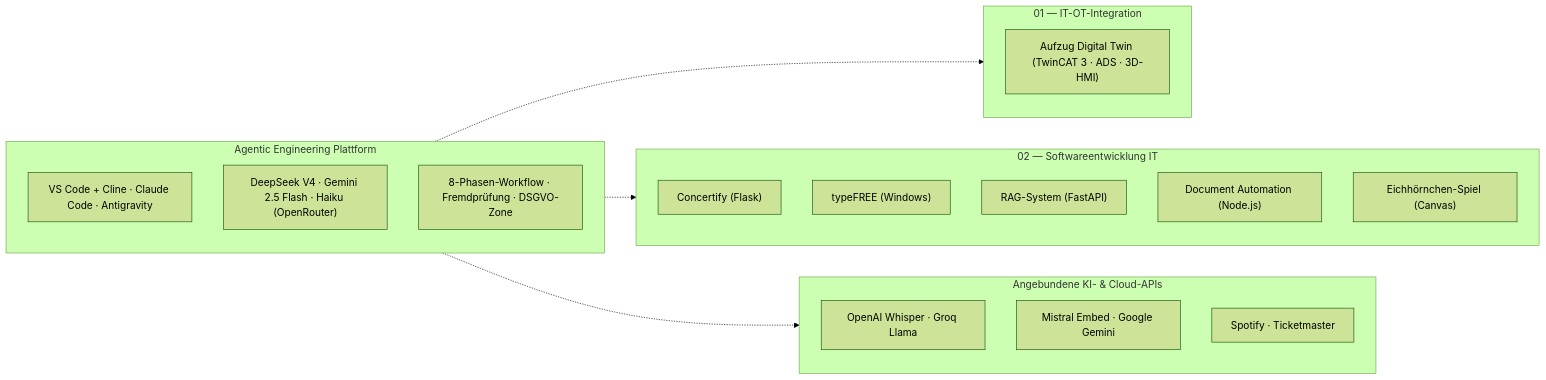
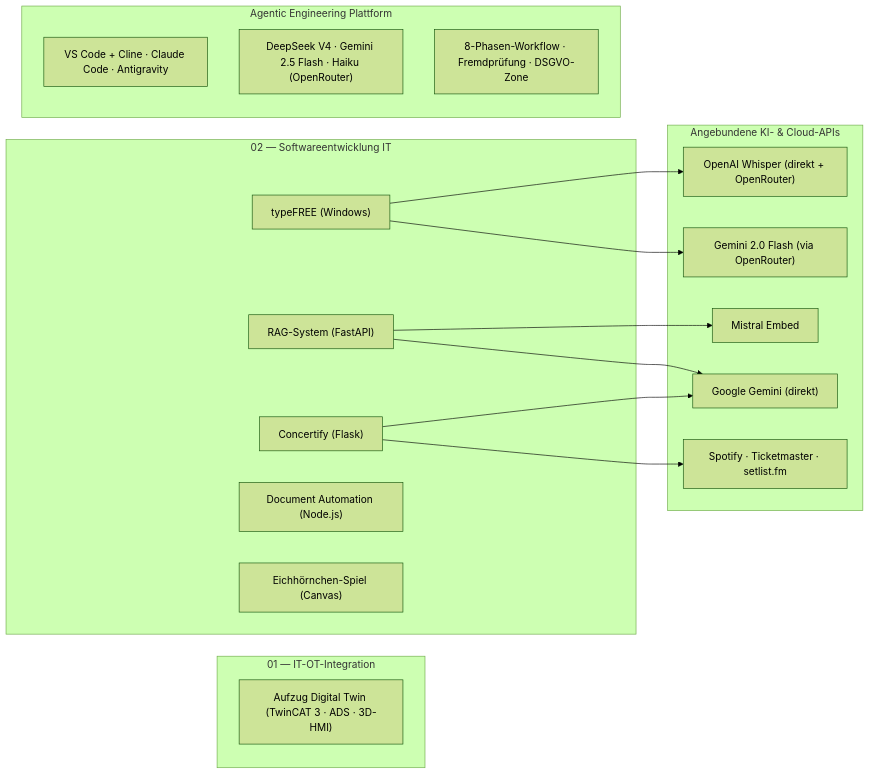
The diagram in README.md (HeartledAgentEngineer/it-ot-agentic-engineering), drawn with Mermaid (forest theme) before and after one commit. The commit also changed other lines of this file and 14 other files, not shown here.

Commit message:
READMEs: typeFREE-Stack und Mermaid-Pfeile aktualisiert; CLAUDE.md: Critic-Gate vor Phase 4 ergänzt

````diff
--- a/README.md
+++ b/README.md
@@ -32,30 +32,35 @@
 ```mermaid
 graph LR
     subgraph OT["01 — IT-OT-Integration"]
         E["Aufzug Digital Twin (TwinCAT 3 · ADS · 3D-HMI)"]
     end
 
     subgraph IT["02 — Softwareentwicklung IT"]
         C["Concertify (Flask)"]
         T["typeFREE (Windows)"]
         R["RAG-System (FastAPI)"]
         D["Document Automation (Node.js)"]
         S["Eichhörnchen-Spiel (Canvas)"]
     end
 
     subgraph APIs["Angebundene KI- & Cloud-APIs"]
-        WA["OpenAI Whisper · Groq Llama"]
-        VA["Mistral Embed · Google Gemini"]
-        SA["Spotify · Ticketmaster"]
+        WH["OpenAI Whisper (direkt + OpenRouter)"]
+        G2F["Gemini 2.0 Flash (via OpenRouter)"]
+        MB["Mistral Embed"]
+        G2["Google Gemini (direkt)"]
+        SP["Spotify · Ticketmaster · setlist.fm"]
     end
 
     subgraph AE["Agentic Engineering Plattform"]
         CLI["VS Code + Cline · Claude Code · Antigravity"]
         MOD["DeepSeek V4 · Gemini 2.5 Flash · Haiku (OpenRouter)"]
         WF["8-Phasen-Workflow · Fremdprüfung · DSGVO-Zone"]
     end
 
-    AE -.-> OT
-    AE -.-> IT
-    AE -.-> APIs
+    C["Concertify (Flask)"] --> SP
+    C --> G2
+    T["typeFREE (Windows)"] --> WH
+    T --> G2F
+    R["RAG-System (FastAPI)"] --> G2
+    R --> MB
 ```
````
